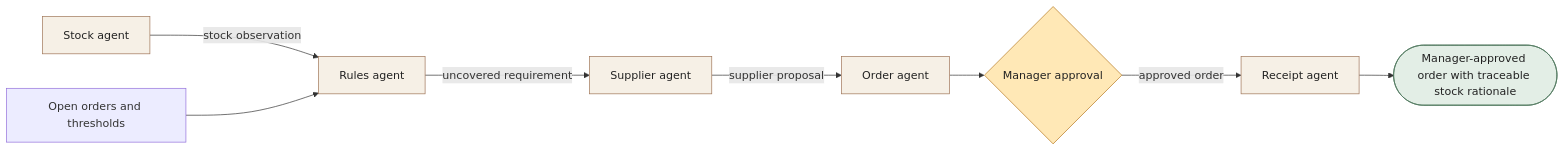
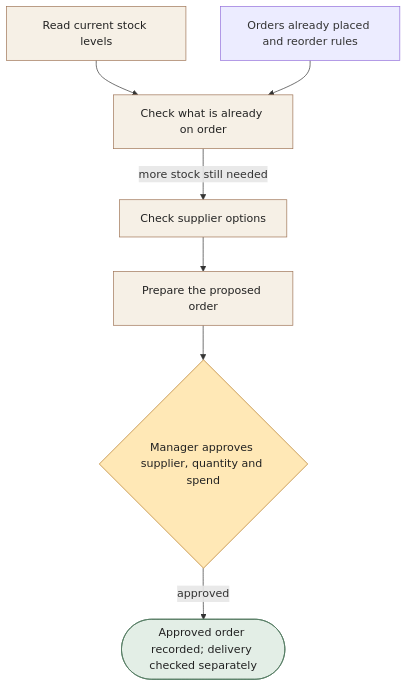
One commit to dextee/claude-code-agent-team-guide changed the diagram in docs/workflows/food-and-beverage.md. Above: the diagram before and after it, drawn with Mermaid. The commit also changed other lines of this file and 28 other files, not shown here.

````diff
--- a/docs/workflows/food-and-beverage.md
+++ b/docs/workflows/food-and-beverage.md
@@ -21,23 +25,21 @@
 ```mermaid
-flowchart LR
-A["Stock agent"]
-B["Rules agent"]
-C["Supplier agent"]
-D["Order agent"]
-E["Receipt agent"]
-H{"Manager approval"}
-O(["Manager-approved order with traceable stock rationale"])
-A -->|stock observation| B
-P["Open orders and thresholds"] --> B
-B -->|uncovered requirement| C
-C -->|supplier proposal| D
+flowchart TD
+A["Read current stock levels"]
+B["Check what is already on order"]
+C["Check supplier options"]
+D["Prepare the proposed order"]
+H{"Manager approves supplier, quantity and spend"}
+O(["Approved order recorded; delivery checked separately"])
+A --> B
+P["Orders already placed and reorder rules"] --> B
+B -->|more stock still needed| C
+C --> D
 D --> H
-H -->|approved order| E
-E --> O
-classDef agent fill:#f6f0e6,stroke:#9f7557,color:#222222
+H -->|approved| O
+classDef assistant fill:#f6f0e6,stroke:#9f7557,color:#222222
 classDef human fill:#ffe8b6,stroke:#b57821,color:#222222
 classDef outcome fill:#e3eee6,stroke:#4e775c,color:#222222
-class A,B,C,D,E agent
+class A,B,C,D assistant
 class H human
 class O outcome
 ```
````
